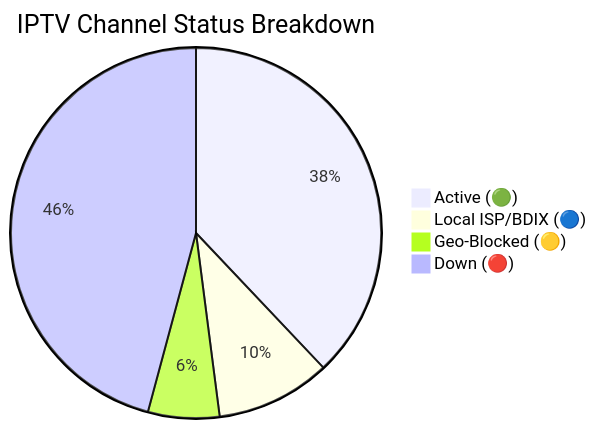
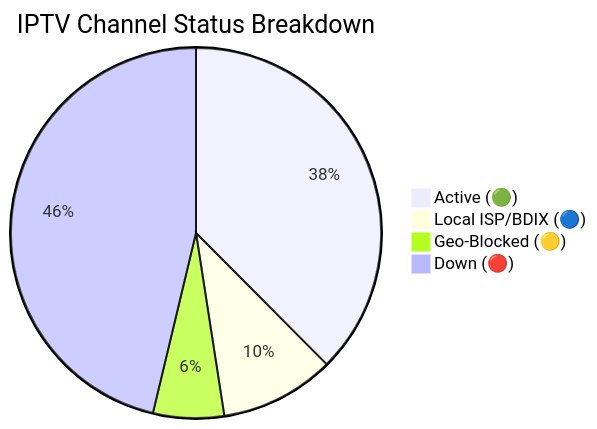
One commit to andreataylord/Ip-tv-Collection changed the diagram in README.md. Above: the diagram before and after it, drawn with Mermaid. The commit also changed other lines of this file and 1 other file, not shown here.

Commit message:
docs(readme): auto-update daily channel status chart

````diff
--- a/README.md
+++ b/README.md
@@ -59,7 +59,7 @@
 ```mermaid
 pie title IPTV Channel Status Breakdown
-    "Active (🟢)" : 2998
+    "Active (🟢)" : 2966
     "Local ISP/BDIX (🔵)" : 791
-    "Geo-Blocked (🟡)" : 492
-    "Down (🔴)" : 3620
+    "Geo-Blocked (🟡)" : 489
+    "Down (🔴)" : 3655
 ```
````
